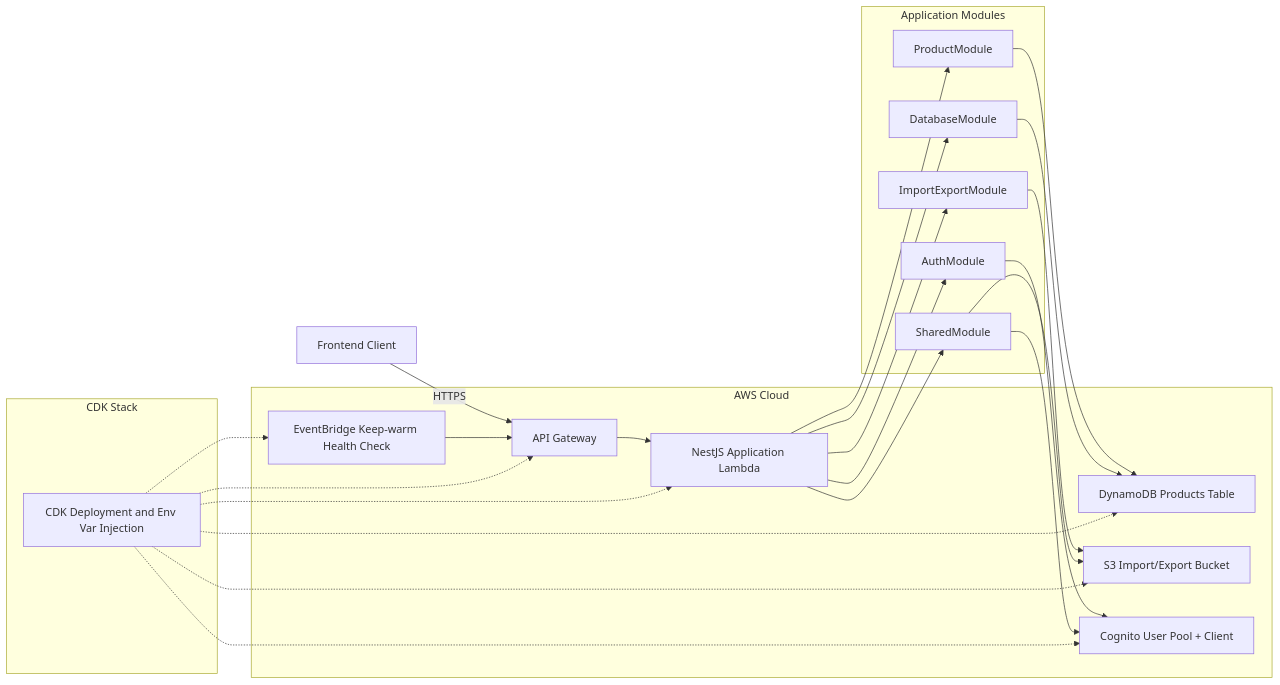
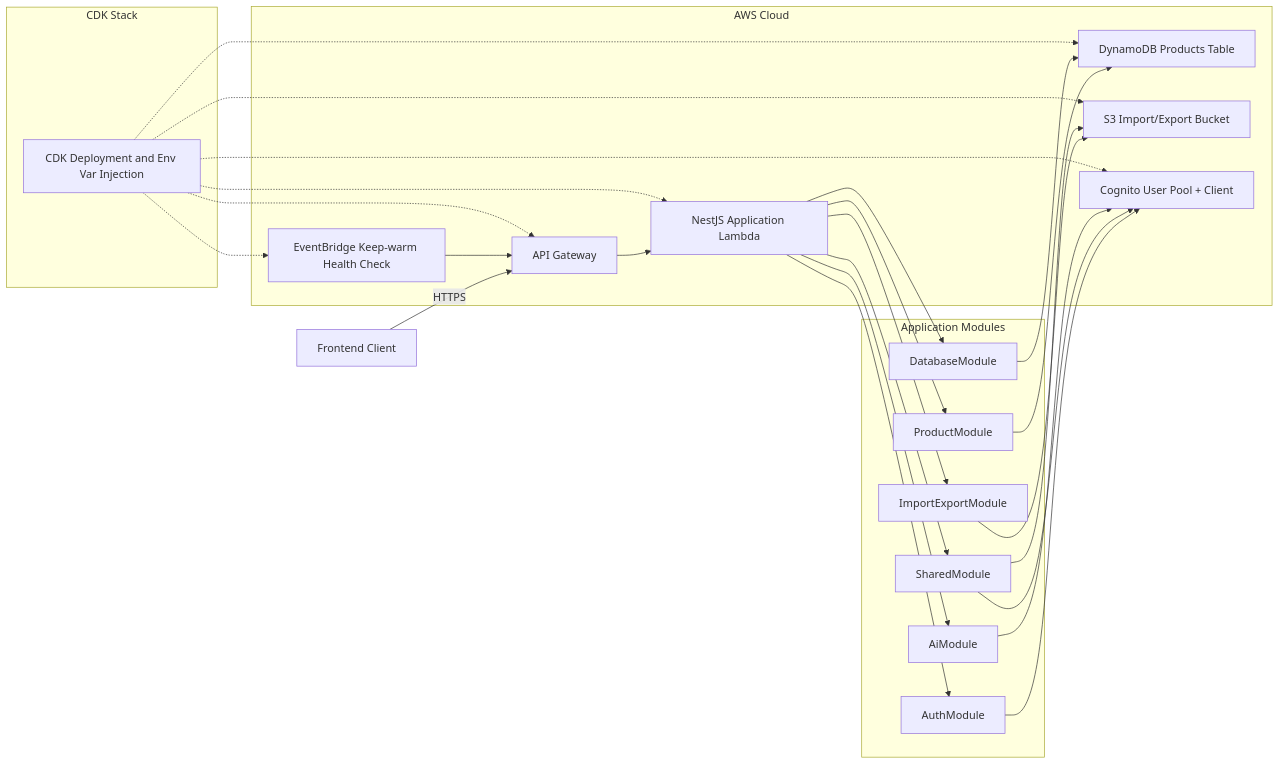
Before and after one commit to lfhwnqe/aws-cdk-nestjs-ai-template: the diagram in README.md, drawn with Mermaid. The commit also changed other lines of this file and 1 other file, not shown here.

````diff
--- a/README.md
+++ b/README.md
@@ -31,49 +32,52 @@
 ```mermaid
 flowchart LR
   client[Frontend Client]
 
   subgraph AWS[AWS Cloud]
     apigw[API Gateway]
     lambda_app[NestJS Application Lambda]
     ddb[DynamoDB Products Table]
     s3[S3 Import/Export Bucket]
     cognito[Cognito User Pool + Client]
     evb[EventBridge Keep-warm Health Check]
   end
 
   subgraph CDK[CDK Stack]
     cdkstack[CDK Deployment and Env Var Injection]
   end
 
   subgraph APP[Application Modules]
     mod_auth[AuthModule]
     mod_product[ProductModule]
     mod_impexp[ImportExportModule]
     mod_shared[SharedModule]
     mod_db[DatabaseModule]
+    mod_ai[AiModule]
   end
 
   client -->|HTTPS| apigw
   apigw --> lambda_app
   evb --> apigw
 
   lambda_app --> mod_auth
   lambda_app --> mod_product
   lambda_app --> mod_impexp
   lambda_app --> mod_shared
   lambda_app --> mod_db
+  lambda_app --> mod_ai
 
   mod_auth --> cognito
   mod_product --> ddb
   mod_impexp --> s3
   mod_shared --> cognito
   mod_shared --> s3
   mod_db --> ddb
+  mod_ai --> cognito
 
   cdkstack -.-> apigw
   cdkstack -.-> lambda_app
   cdkstack -.-> ddb
   cdkstack -.-> s3
   cdkstack -.-> cognito
   cdkstack -.-> evb
 ```
````
